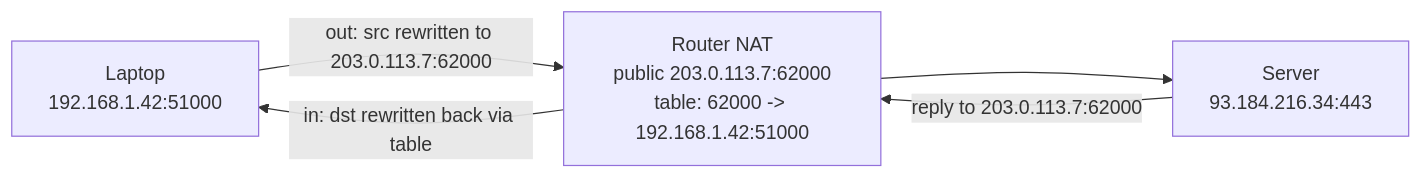
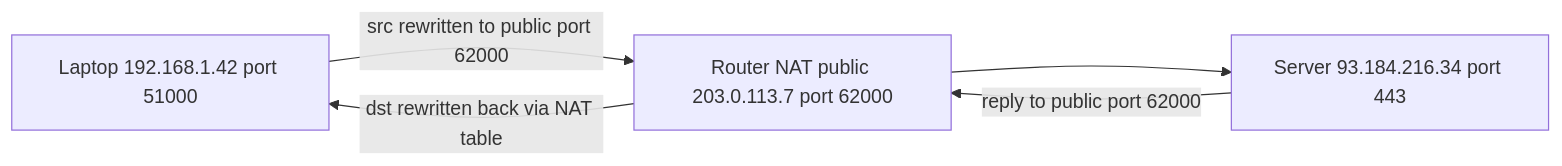
Before and after one commit to apolzek/apolzek.github.io: the fourth of 9 diagrams in _posts/2026-05-29-the-networking-refresher.md, drawn with Mermaid. The commit also changed other lines of this file, not shown here.

First line of the commit message:
fix: make Mermaid diagrams render on the theme

````diff
--- a/_posts/2026-05-29-the-networking-refresher.md
+++ b/_posts/2026-05-29-the-networking-refresher.md
@@ -486,10 +489,10 @@
 ```mermaid
 flowchart LR
-  L["Laptop<br/>192.168.1.42:51000"]
-  R["Router NAT<br/>public 203.0.113.7:62000<br/>table: 62000 -> 192.168.1.42:51000"]
-  S["Server<br/>93.184.216.34:443"]
-  L -->|"out: src rewritten to 203.0.113.7:62000"| R
+  L["Laptop 192.168.1.42 port 51000"]
+  R["Router NAT public 203.0.113.7 port 62000"]
+  S["Server 93.184.216.34 port 443"]
+  L -->|"src rewritten to public port 62000"| R
   R --> S
-  S -->|"reply to 203.0.113.7:62000"| R
-  R -->|"in: dst rewritten back via table"| L
+  S -->|"reply to public port 62000"| R
+  R -->|"dst rewritten back via NAT table"| L
 ```
````
